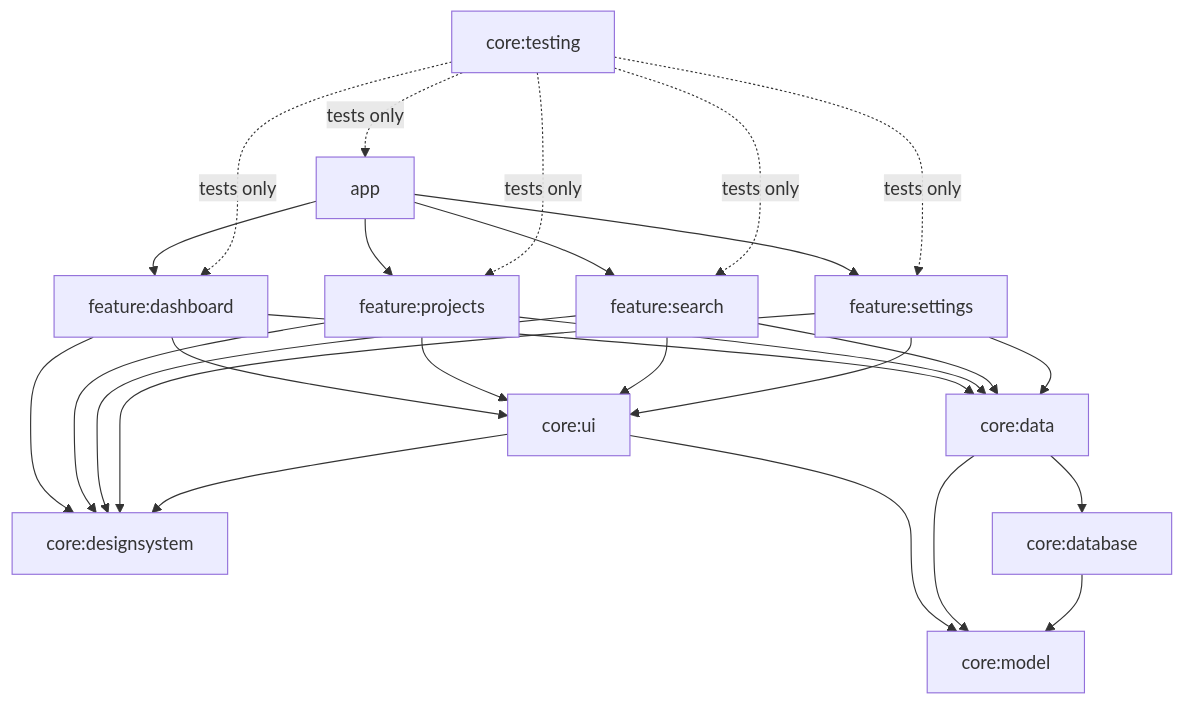
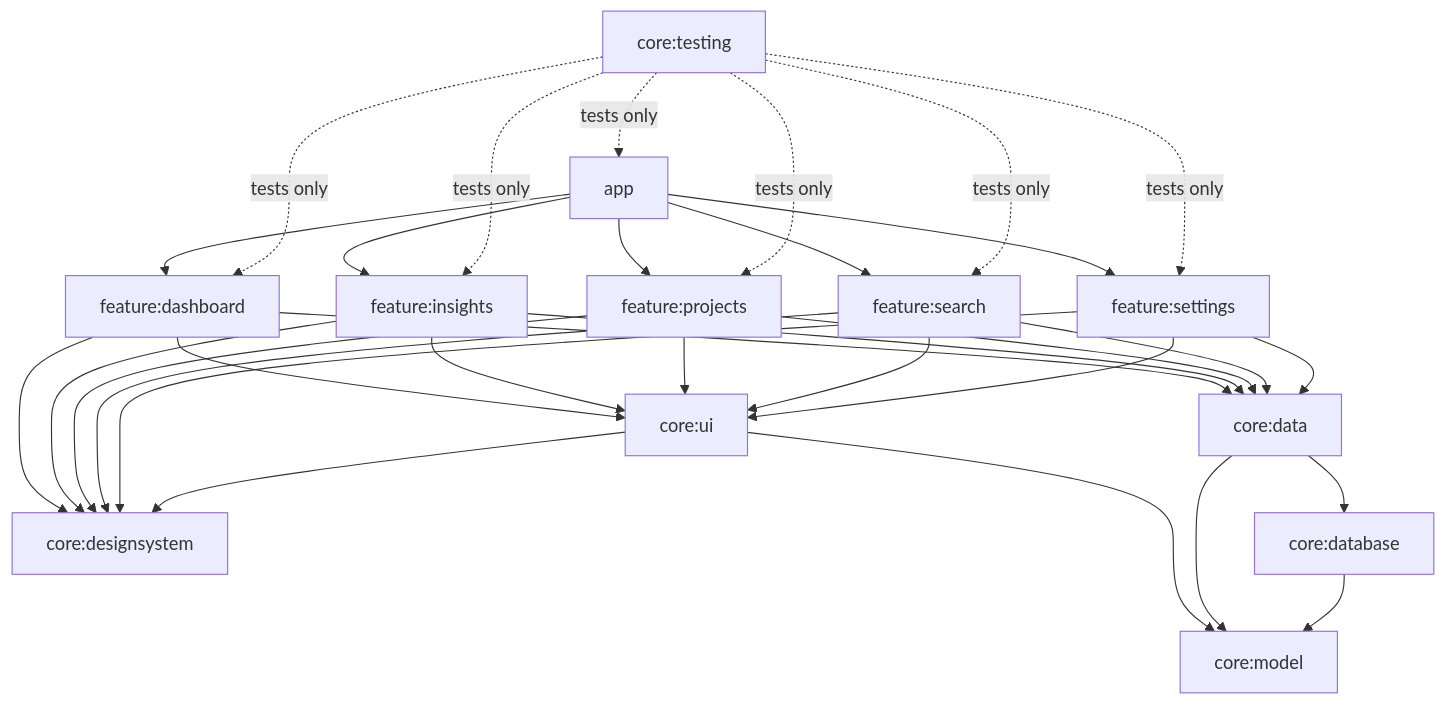
One commit to Howtoplay-Games/Rackfolio changed the diagram in ARCHITECTURE.md. Above: the diagram before and after it, drawn with Mermaid. The commit also changed other lines of this file and 19 other files, not shown here.

````diff
--- a/ARCHITECTURE.md
+++ b/ARCHITECTURE.md
@@ -18,10 +18,10 @@
 ```mermaid
 graph TD
-  app --> fd[feature:dashboard] & fp[feature:projects] & fs[feature:search] & fset[feature:settings]
-  fd & fp & fs & fset --> ui[core:ui] & data[core:data] & ds[core:designsystem]
+  app --> fd[feature:dashboard] & fi[feature:insights] & fp[feature:projects] & fs[feature:search] & fset[feature:settings]
+  fd & fi & fp & fs & fset --> ui[core:ui] & data[core:data] & ds[core:designsystem]
   ui --> ds
   ui --> model[core:model]
   data --> db[core:database] & model
   db --> model
-  testing[core:testing] -.tests only.-> fd & fp & fs & fset & app
+  testing[core:testing] -.tests only.-> fd & fi & fp & fs & fset & app
 ```
````
